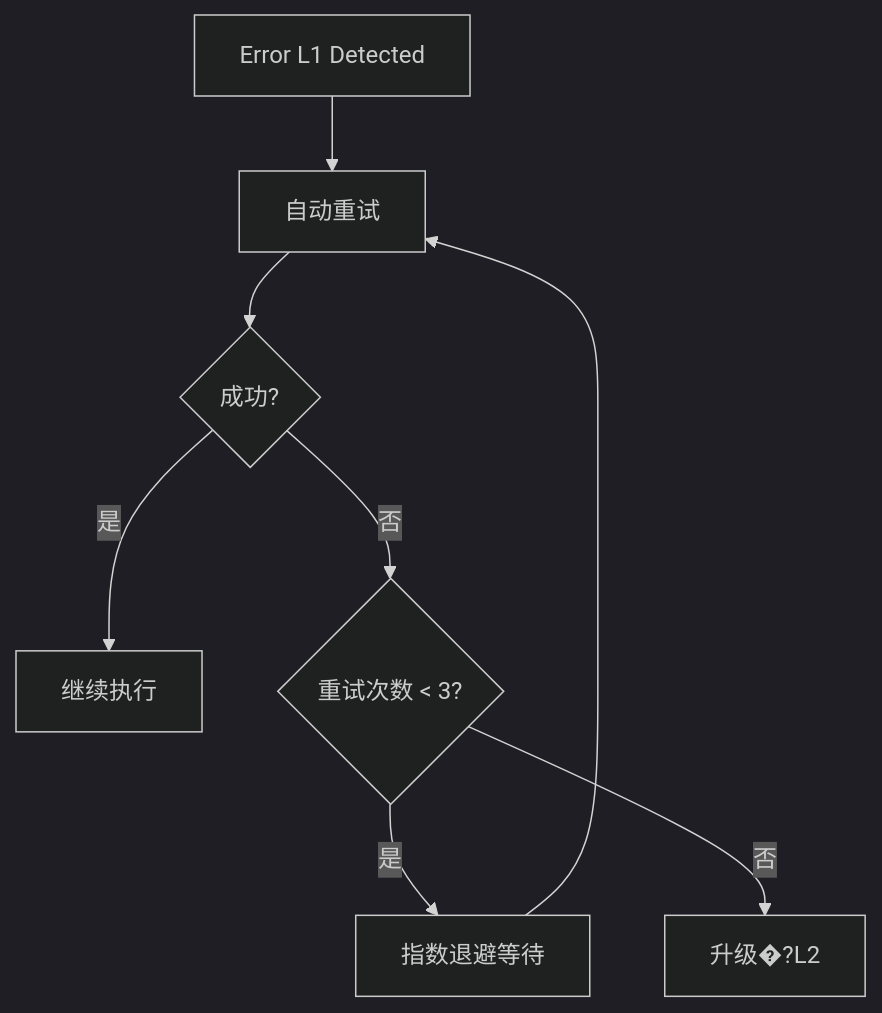
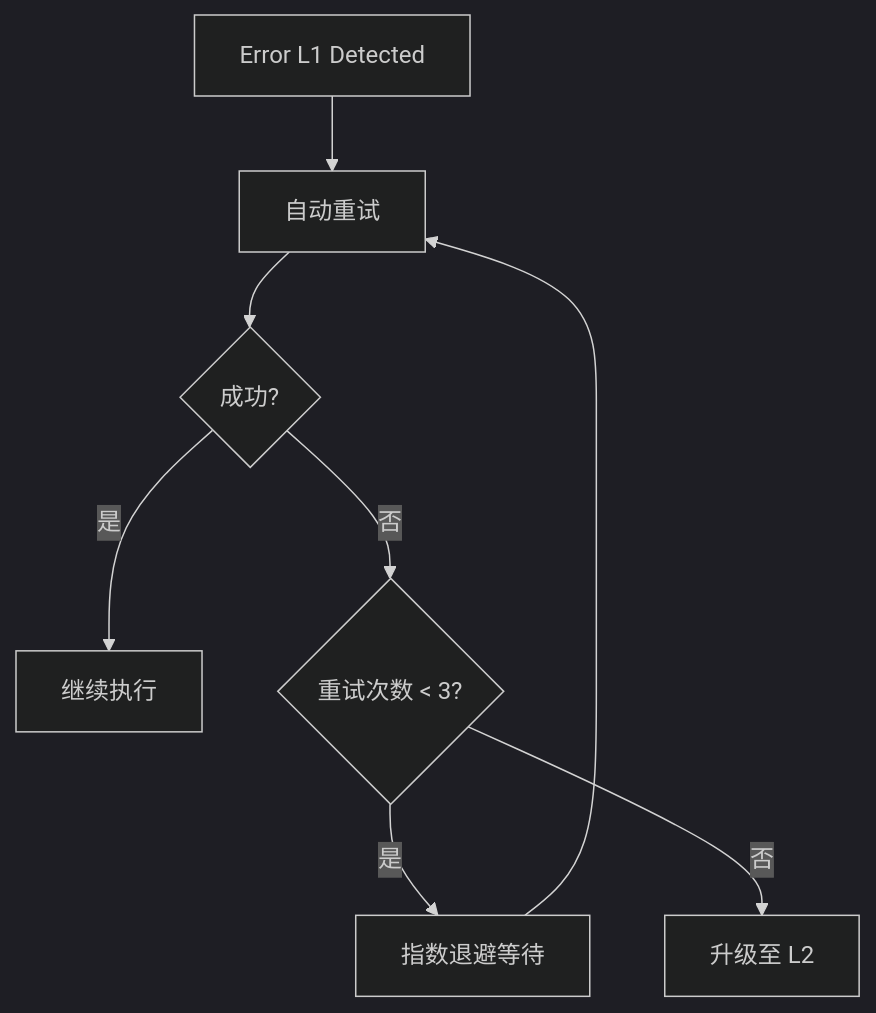
Before and after one commit to duanxldragon/pantheon-base: the first of 2 diagrams in docs/harness/ERROR_RECOVERY_STRATEGY.md, drawn with Mermaid (dark theme). The commit also changed other lines of this file and 9 other files, not shown here.

````diff
--- a/docs/harness/ERROR_RECOVERY_STRATEGY.md
+++ b/docs/harness/ERROR_RECOVERY_STRATEGY.md
@@ -72,10 +75,10 @@
 ```mermaid
 flowchart TD
     A[Error L1 Detected] --> B[自动重试]
     B --> C{成功?}
     C -->|是| D[继续执行]
     C -->|否| E{重试次数 < 3?}
     E -->|是| F[指数退避等待]
     F --> B
-    E -->|否| G[升级�?L2]
+    E -->|否| G[升级至 L2]
 ```
````
